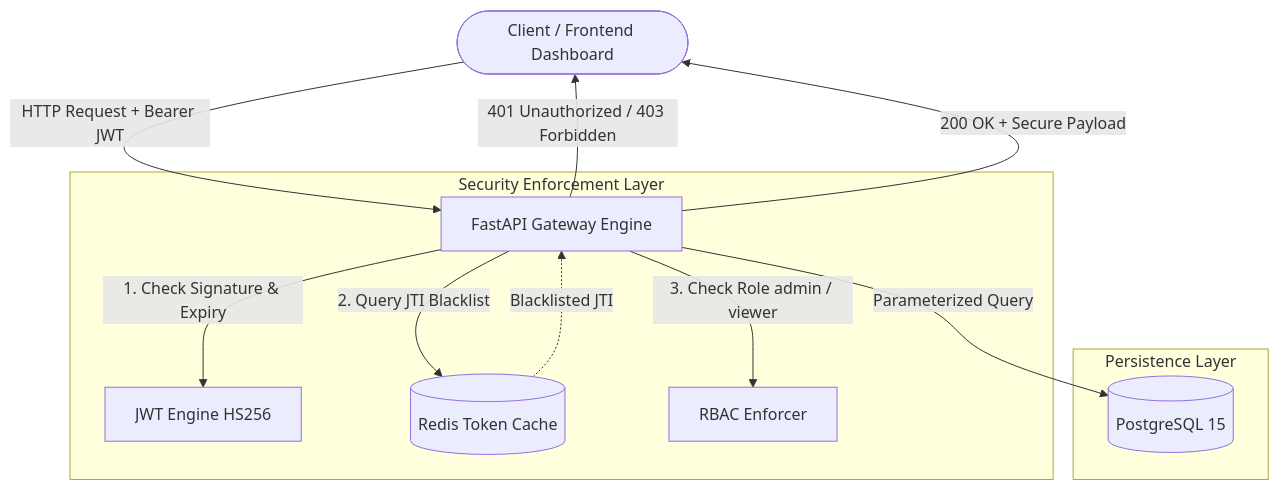
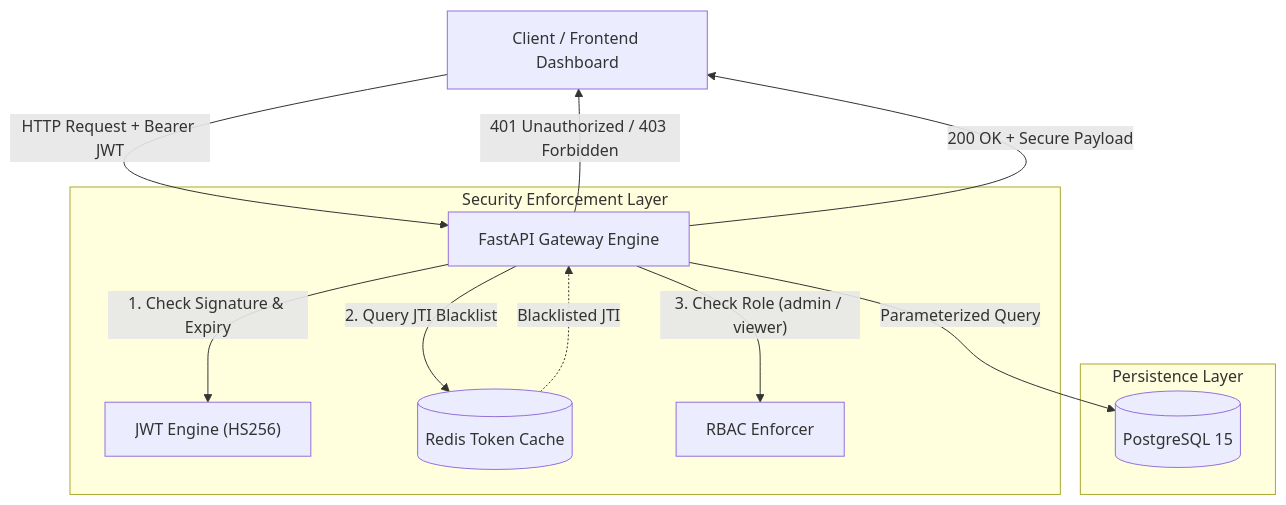
Before and after one commit to egedeniz1741/zero-trust-gateway: the first of 2 diagrams in README.md, drawn with Mermaid. The commit also changed other lines of this file, not shown here.

Commit message:
fix(docs): escape special characters in mermaid diagrams

````diff
--- a/README.md
+++ b/README.md
@@ -9,18 +9,18 @@
 ```mermaid
 flowchart TD
-    Client([Client / Frontend Dashboard]) -->|HTTP Request + Bearer JWT| FastApi[FastAPI Gateway Engine]
+    Client["Client / Frontend Dashboard"] -->|"HTTP Request + Bearer JWT"| FastApi["FastAPI Gateway Engine"]
 
     subgraph Auth_and_Security ["Security Enforcement Layer"]
-        FastApi -->|1. Check Signature & Expiry| JWTVerify[JWT Engine HS256]
-        FastApi -->|2. Query JTI Blacklist| Redis[(Redis Token Cache)]
-        FastApi -->|3. Check Role admin / viewer| RBAC[RBAC Enforcer]
+        FastApi -->|"1. Check Signature & Expiry"| JWTVerify["JWT Engine (HS256)"]
+        FastApi -->|"2. Query JTI Blacklist"| Redis[("Redis Token Cache")]
+        FastApi -->|"3. Check Role (admin / viewer)"| RBAC["RBAC Enforcer"]
     end
 
     subgraph Storage_and_Data ["Persistence Layer"]
-        FastApi -->|Parameterized Query| Postgres[(PostgreSQL 15)]
+        FastApi -->|"Parameterized Query"| Postgres[("PostgreSQL 15")]
     end
 
-    Redis -.->|Blacklisted JTI| FastApi
-    FastApi -->|401 Unauthorized / 403 Forbidden| Client
-    FastApi -->|200 OK + Secure Payload| Client
+    Redis -.->|"Blacklisted JTI"| FastApi
+    FastApi -->|"401 Unauthorized / 403 Forbidden"| Client
+    FastApi -->|"200 OK + Secure Payload"| Client
 ```
````
